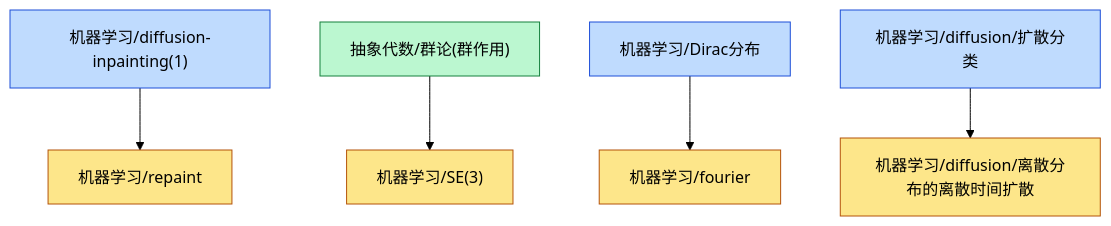
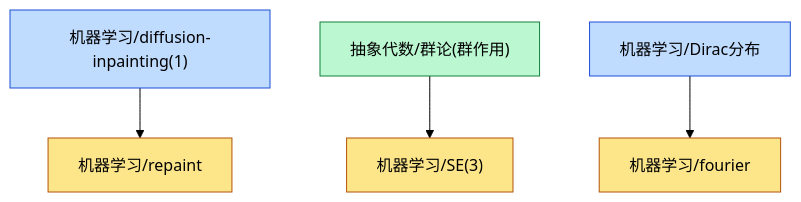
The diagram in content/机器学习/dependency_graph.md (zeroDtree/zeroDtree.github.io), drawn with Mermaid (forest theme) before and after one commit. The commit also changed 42 other files, not shown here.

````diff
--- a/content/机器学习/dependency_graph.md
+++ b/content/机器学习/dependency_graph.md
@@ -1,13 +1,12 @@
 ```mermaid
 graph TD
 1["机器学习/diffusion-inpainting(1)"] --> 0["机器学习/repaint"]
 3["抽象代数/群论(群作用)"] --> 2["机器学习/SE(3)"]
 5["机器学习/Dirac分布"] --> 4["机器学习/fourier"]
-7["机器学习/diffusion/扩散分类"] --> 6["机器学习/diffusion/离散分布的离散时间扩散"]
 classDef leaf fill:#fde68a,stroke:#b45309
-class 0,2,4,6 leaf
+class 0,2,4 leaf
 classDef root fill:#bfdbfe,stroke:#1d4ed8
-class 1,5,7 root
+class 1,5 root
 classDef foundationRoot fill:#bbf7d0,stroke:#15803d
 class 3 foundationRoot
 ```
````
